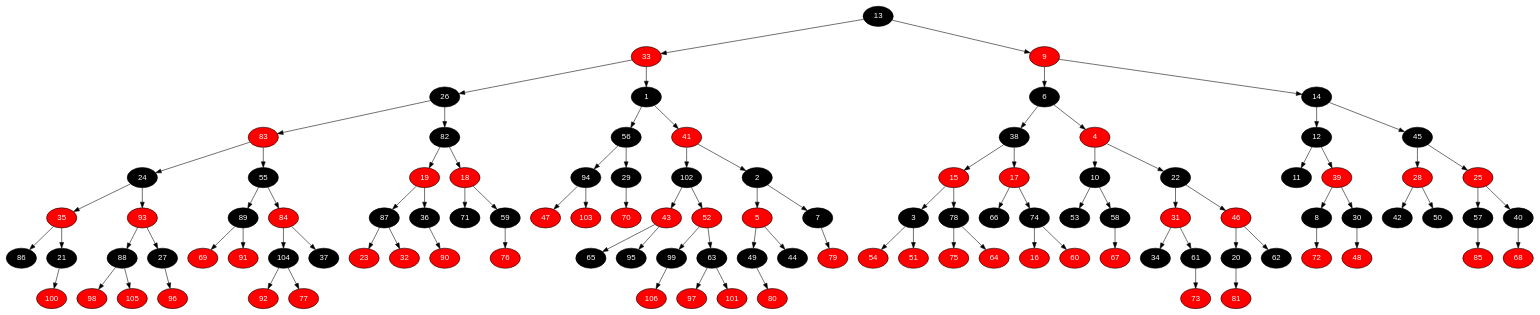
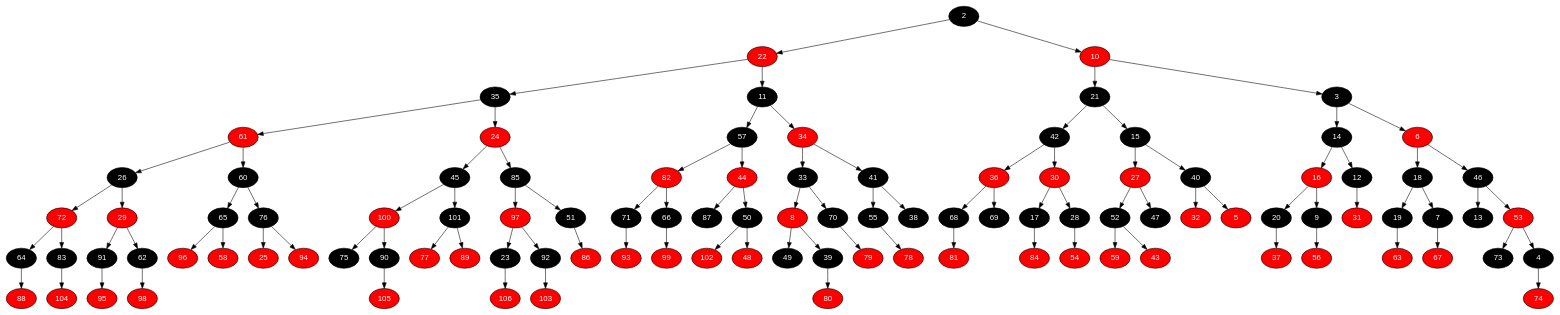
Before and after one commit to marcotuiio/Data_Structures: the diagram in T3/outputs/02-mar-pequeno-3pares-naus_d-01-n1-n2-3tiros-2.dot, drawn with Graphviz. The commit also changed 634 other files, not shown here.

```diff
--- a/T3/outputs/02-mar-pequeno-3pares-naus_d-01-n1-n2-3tiros-2.dot
+++ b/T3/outputs/02-mar-pequeno-3pares-naus_d-01-n1-n2-3tiros-2.dot
@@ -3,217 +3,215 @@
 	edge [fontname="Helvetica,Arial,sans-serif" color="black"]
 
 	{
+		node [fillcolor=" black" fontcolor=" white"] 2 
+		node [fillcolor=" red" fontcolor=" white"] 22 
+		node [fillcolor=" black" fontcolor=" white"] 35 
+		node [fillcolor=" red" fontcolor=" white"] 61 
+		node [fillcolor=" black" fontcolor=" white"] 26 
+		node [fillcolor=" red" fontcolor=" white"] 72 
+		node [fillcolor=" black" fontcolor=" white"] 64 
+		node [fillcolor=" red" fontcolor=" white"] 88 
+		node [fillcolor=" black" fontcolor=" white"] 83 
+		node [fillcolor=" red" fontcolor=" white"] 104 
+		node [fillcolor=" red" fontcolor=" white"] 29 
+		node [fillcolor=" black" fontcolor=" white"] 91 
+		node [fillcolor=" red" fontcolor=" white"] 95 
+		node [fillcolor=" black" fontcolor=" white"] 62 
+		node [fillcolor=" red" fontcolor=" white"] 98 
+		node [fillcolor=" black" fontcolor=" white"] 60 
+		node [fillcolor=" black" fontcolor=" white"] 65 
+		node [fillcolor=" red" fontcolor=" white"] 96 
+		node [fillcolor=" red" fontcolor=" white"] 58 
+		node [fillcolor=" black" fontcolor=" white"] 76 
+		node [fillcolor=" red" fontcolor=" white"] 25 
+		node [fillcolor=" red" fontcolor=" white"] 94 
+		node [fillcolor=" red" fontcolor=" white"] 24 
+		node [fillcolor=" black" fontcolor=" white"] 45 
+		node [fillcolor=" red" fontcolor=" white"] 100 
+		node [fillcolor=" black" fontcolor=" white"] 75 
+		node [fillcolor=" black" fontcolor=" white"] 90 
+		node [fillcolor=" red" fontcolor=" white"] 105 
+		node [fillcolor=" black" fontcolor=" white"] 101 
+		node [fillcolor=" red" fontcolor=" white"] 77 
+		node [fillcolor=" red" fontcolor=" white"] 89 
+		node [fillcolor=" black" fontcolor=" white"] 85 
+		node [fillcolor=" red" fontcolor=" white"] 97 
+		node [fillcolor=" black" fontcolor=" white"] 23 
+		node [fillcolor=" red" fontcolor=" white"] 106 
+		node [fillcolor=" black" fontcolor=" white"] 92 
+		node [fillcolor=" red" fontcolor=" white"] 103 
+		node [fillcolor=" black" fontcolor=" white"] 51 
+		node [fillcolor=" red" fontcolor=" white"] 86 
+		node [fillcolor=" black" fontcolor=" white"] 11 
+		node [fillcolor=" black" fontcolor=" white"] 57 
+		node [fillcolor=" red" fontcolor=" white"] 82 
+		node [fillcolor=" black" fontcolor=" white"] 71 
+		node [fillcolor=" red" fontcolor=" white"] 93 
+		node [fillcolor=" black" fontcolor=" white"] 66 
+		node [fillcolor=" red" fontcolor=" white"] 99 
+		node [fillcolor=" red" fontcolor=" white"] 44 
+		node [fillcolor=" black" fontcolor=" white"] 87 
+		node [fillcolor=" black" fontcolor=" white"] 50 
+		node [fillcolor=" red" fontcolor=" white"] 102 
+		node [fillcolor=" red" fontcolor=" white"] 48 
+		node [fillcolor=" red" fontcolor=" white"] 34 
+		node [fillcolor=" black" fontcolor=" white"] 33 
+		node [fillcolor=" red" fontcolor=" white"] 8 
+		node [fillcolor=" black" fontcolor=" white"] 49 
+		node [fillcolor=" black" fontcolor=" white"] 39 
+		node [fillcolor=" red" fontcolor=" white"] 80 
+		node [fillcolor=" black" fontcolor=" white"] 70 
+		node [fillcolor=" red" fontcolor=" white"] 79 
+		node [fillcolor=" black" fontcolor=" white"] 41 
+		node [fillcolor=" black" fontcolor=" white"] 55 
+		node [fillcolor=" red" fontcolor=" white"] 78 
+		node [fillcolor=" black" fontcolor=" white"] 38 
+		node [fillcolor=" red" fontcolor=" white"] 10 
+		node [fillcolor=" black" fontcolor=" white"] 21 
+		node [fillcolor=" black" fontcolor=" white"] 42 
+		node [fillcolor=" red" fontcolor=" white"] 36 
+		node [fillcolor=" black" fontcolor=" white"] 68 
+		node [fillcolor=" red" fontcolor=" white"] 81 
+		node [fillcolor=" black" fontcolor=" white"] 69 
+		node [fillcolor=" red" fontcolor=" white"] 30 
+		node [fillcolor=" black" fontcolor=" white"] 17 
+		node [fillcolor=" red" fontcolor=" white"] 84 
+		node [fillcolor=" black" fontcolor=" white"] 28 
+		node [fillcolor=" red" fontcolor=" white"] 54 
+		node [fillcolor=" black" fontcolor=" white"] 15 
+		node [fillcolor=" red" fontcolor=" white"] 27 
+		node [fillcolor=" black" fontcolor=" white"] 52 
+		node [fillcolor=" red" fontcolor=" white"] 59 
+		node [fillcolor=" red" fontcolor=" white"] 43 
+		node [fillcolor=" black" fontcolor=" white"] 47 
+		node [fillcolor=" black" fontcolor=" white"] 40 
+		node [fillcolor=" red" fontcolor=" white"] 32 
+		node [fillcolor=" red" fontcolor=" white"] 5 
+		node [fillcolor=" black" fontcolor=" white"] 3 
+		node [fillcolor=" black" fontcolor=" white"] 14 
+		node [fillcolor=" red" fontcolor=" white"] 16 
+		node [fillcolor=" black" fontcolor=" white"] 20 
+		node [fillcolor=" red" fontcolor=" white"] 37 
+		node [fillcolor=" black" fontcolor=" white"] 9 
+		node [fillcolor=" red" fontcolor=" white"] 56 
+		node [fillcolor=" black" fontcolor=" white"] 12 
+		node [fillcolor=" red" fontcolor=" white"] 31 
+		node [fillcolor=" red" fontcolor=" white"] 6 
+		node [fillcolor=" black" fontcolor=" white"] 18 
+		node [fillcolor=" black" fontcolor=" white"] 19 
+		node [fillcolor=" red" fontcolor=" white"] 63 
+		node [fillcolor=" black" fontcolor=" white"] 7 
+		node [fillcolor=" red" fontcolor=" white"] 67 
+		node [fillcolor=" black" fontcolor=" white"] 46 
 		node [fillcolor=" black" fontcolor=" white"] 13 
-		node [fillcolor=" red" fontcolor=" white"] 33 
-		node [fillcolor=" black" fontcolor=" white"] 26 
-		node [fillcolor=" red" fontcolor=" white"] 83 
-		node [fillcolor=" black" fontcolor=" white"] 24 
-		node [fillcolor=" red" fontcolor=" white"] 35 
-		node [fillcolor=" black" fontcolor=" white"] 86 
-		node [fillcolor=" black" fontcolor=" white"] 21 
-		node [fillcolor=" red" fontcolor=" white"] 100 
-		node [fillcolor=" red" fontcolor=" white"] 93 
-		node [fillcolor=" black" fontcolor=" white"] 88 
-		node [fillcolor=" red" fontcolor=" white"] 98 
-		node [fillcolor=" red" fontcolor=" white"] 105 
-		node [fillcolor=" black" fontcolor=" white"] 27 
-		node [fillcolor=" red" fontcolor=" white"] 96 
-		node [fillcolor=" black" fontcolor=" white"] 55 
-		node [fillcolor=" black" fontcolor=" white"] 89 
-		node [fillcolor=" red" fontcolor=" white"] 69 
-		node [fillcolor=" red" fontcolor=" white"] 91 
-		node [fillcolor=" red" fontcolor=" white"] 84 
-		node [fillcolor=" black" fontcolor=" white"] 104 
-		node [fillcolor=" red" fontcolor=" white"] 92 
-		node [fillcolor=" red" fontcolor=" white"] 77 
-		node [fillcolor=" black" fontcolor=" white"] 37 
-		node [fillcolor=" black" fontcolor=" white"] 82 
-		node [fillcolor=" red" fontcolor=" white"] 19 
-		node [fillcolor=" black" fontcolor=" white"] 87 
-		node [fillcolor=" red" fontcolor=" white"] 23 
-		node [fillcolor=" red" fontcolor=" white"] 32 
-		node [fillcolor=" black" fontcolor=" white"] 36 
-		node [fillcolor=" red" fontcolor=" white"] 90 
-		node [fillcolor=" red" fontcolor=" white"] 18 
-		node [fillcolor=" black" fontcolor=" white"] 71 
-		node [fillcolor=" black" fontcolor=" white"] 59 
-		node [fillcolor=" red" fontcolor=" white"] 76 
-		node [fillcolor=" black" fontcolor=" white"] 1 
-		node [fillcolor=" black" fontcolor=" white"] 56 
-		node [fillcolor=" black" fontcolor=" white"] 94 
-		node [fillcolor=" red" fontcolor=" white"] 47 
-		node [fillcolor=" red" fontcolor=" white"] 103 
-		node [fillcolor=" black" fontcolor=" white"] 29 
-		node [fillcolor=" red" fontcolor=" white"] 70 
-		node [fillcolor=" red" fontcolor=" white"] 41 
-		node [fillcolor=" black" fontcolor=" white"] 102 
-		node [fillcolor=" red" fontcolor=" white"] 43 
-		node [fillcolor=" black" fontcolor=" white"] 65 
-		node [fillcolor=" black" fontcolor=" white"] 95 
-		node [fillcolor=" red" fontcolor=" white"] 52 
-		node [fillcolor=" black" fontcolor=" white"] 99 
-		node [fillcolor=" red" fontcolor=" white"] 106 
-		node [fillcolor=" black" fontcolor=" white"] 63 
-		node [fillcolor=" red" fontcolor=" white"] 97 
-		node [fillcolor=" red" fontcolor=" white"] 101 
-		node [fillcolor=" black" fontcolor=" white"] 2 
-		node [fillcolor=" red" fontcolor=" white"] 5 
-		node [fillcolor=" black" fontcolor=" white"] 49 
-		node [fillcolor=" red" fontcolor=" white"] 80 
-		node [fillcolor=" black" fontcolor=" white"] 44 
-		node [fillcolor=" black" fontcolor=" white"] 7 
-		node [fillcolor=" red" fontcolor=" white"] 79 
-		node [fillcolor=" red" fontcolor=" white"] 9 
-		node [fillcolor=" black" fontcolor=" white"] 6 
-		node [fillcolor=" black" fontcolor=" white"] 38 
-		node [fillcolor=" red" fontcolor=" white"] 15 
-		node [fillcolor=" black" fontcolor=" white"] 3 
-		node [fillcolor=" red" fontcolor=" white"] 54 
-		node [fillcolor=" red" fontcolor=" white"] 51 
-		node [fillcolor=" black" fontcolor=" white"] 78 
-		node [fillcolor=" red" fontcolor=" white"] 75 
-		node [fillcolor=" red" fontcolor=" white"] 64 
-		node [fillcolor=" red" fontcolor=" white"] 17 
-		node [fillcolor=" black" fontcolor=" white"] 66 
-		node [fillcolor=" black" fontcolor=" white"] 74 
-		node [fillcolor=" red" fontcolor=" white"] 16 
-		node [fillcolor=" red" fontcolor=" white"] 60 
-		node [fillcolor=" red" fontcolor=" white"] 4 
-		node [fillcolor=" black" fontcolor=" white"] 10 
-		node [fillcolor=" black" fontcolor=" white"] 53 
-		node [fillcolor=" black" fontcolor=" white"] 58 
-		node [fillcolor=" red" fontcolor=" white"] 67 
-		node [fillcolor=" black" fontcolor=" white"] 22 
-		node [fillcolor=" red" fontcolor=" white"] 31 
-		node [fillcolor=" black" fontcolor=" white"] 34 
-		node [fillcolor=" black" fontcolor=" white"] 61 
-		node [fillcolor=" red" fontcolor=" white"] 73 
-		node [fillcolor=" red" fontcolor=" white"] 46 
-		node [fillcolor=" black" fontcolor=" white"] 20 
-		node [fillcolor=" red" fontcolor=" white"] 81 
-		node [fillcolor=" black" fontcolor=" white"] 62 
-		node [fillcolor=" black" fontcolor=" white"] 14 
-		node [fillcolor=" black" fontcolor=" white"] 12 
-		node [fillcolor=" black" fontcolor=" white"] 11 
-		node [fillcolor=" red" fontcolor=" white"] 39 
-		node [fillcolor=" black" fontcolor=" white"] 8 
-		node [fillcolor=" red" fontcolor=" white"] 72 
-		node [fillcolor=" black" fontcolor=" white"] 30 
-		node [fillcolor=" red" fontcolor=" white"] 48 
-		node [fillcolor=" black" fontcolor=" white"] 45 
-		node [fillcolor=" red" fontcolor=" white"] 28 
-		node [fillcolor=" black" fontcolor=" white"] 42 
-		node [fillcolor=" black" fontcolor=" white"] 50 
-		node [fillcolor=" red" fontcolor=" white"] 25 
-		node [fillcolor=" black" fontcolor=" white"] 57 
-		node [fillcolor=" red" fontcolor=" white"] 85 
-		node [fillcolor=" black" fontcolor=" white"] 40 
-		node [fillcolor=" red" fontcolor=" white"] 68 
+		node [fillcolor=" red" fontcolor=" white"] 53 
+		node [fillcolor=" black" fontcolor=" white"] 73 
+		node [fillcolor=" black" fontcolor=" white"] 4 
+		node [fillcolor=" red" fontcolor=" white"] 74 
 	}
 
-	13 -> 33 
-	13 -> 9 
-	33 -> 26 
-	33 -> 1 
-	26 -> 83 
-	26 -> 82 
-	83 -> 24 
-	83 -> 55 
-	24 -> 35 
-	24 -> 93 
-	35 -> 86 
-	35 -> 21 
-	21 -> 100 
-	93 -> 88 
-	93 -> 27 
-	88 -> 98 
-	88 -> 105 
-	27 -> 96 
-	55 -> 89 
-	55 -> 84 
-	89 -> 69 
-	89 -> 91 
-	84 -> 104 
-	84 -> 37 
-	104 -> 92 
-	104 -> 77 
-	82 -> 19 
-	82 -> 18 
-	19 -> 87 
-	19 -> 36 
-	87 -> 23 
-	87 -> 32 
-	36 -> 90 
-	18 -> 71 
-	18 -> 59 
-	59 -> 76 
-	1 -> 56 
-	1 -> 41 
-	56 -> 94 
-	56 -> 29 
-	94 -> 47 
-	94 -> 103 
-	29 -> 70 
-	41 -> 102 
-	41 -> 2 
-	102 -> 43 
-	102 -> 52 
-	43 -> 65 
-	43 -> 95 
-	52 -> 99 
-	52 -> 63 
-	99 -> 106 
-	63 -> 97 
-	63 -> 101 
-	2 -> 5 
-	2 -> 7 
-	5 -> 49 
-	5 -> 44 
-	49 -> 80 
-	7 -> 79 
-	9 -> 6 
-	9 -> 14 
-	6 -> 38 
-	6 -> 4 
-	38 -> 15 
-	38 -> 17 
-	15 -> 3 
-	15 -> 78 
-	3 -> 54 
-	3 -> 51 
-	78 -> 75 
-	78 -> 64 
-	17 -> 66 
-	17 -> 74 
-	74 -> 16 
-	74 -> 60 
-	4 -> 10 
-	4 -> 22 
-	10 -> 53 
-	10 -> 58 
-	58 -> 67 
-	22 -> 31 
-	22 -> 46 
-	31 -> 34 
-	31 -> 61 
-	61 -> 73 
-	46 -> 20 
-	46 -> 62 
-	20 -> 81 
+	2 -> 22 
+	2 -> 10 
+	22 -> 35 
+	22 -> 11 
+	35 -> 61 
+	35 -> 24 
+	61 -> 26 
+	61 -> 60 
+	26 -> 72 
+	26 -> 29 
+	72 -> 64 
+	72 -> 83 
+	64 -> 88 
+	83 -> 104 
+	29 -> 91 
+	29 -> 62 
+	91 -> 95 
+	62 -> 98 
+	60 -> 65 
+	60 -> 76 
+	65 -> 96 
+	65 -> 58 
+	76 -> 25 
+	76 -> 94 
+	24 -> 45 
+	24 -> 85 
+	45 -> 100 
+	45 -> 101 
+	100 -> 75 
+	100 -> 90 
+	90 -> 105 
+	101 -> 77 
+	101 -> 89 
+	85 -> 97 
+	85 -> 51 
+	97 -> 23 
+	97 -> 92 
+	23 -> 106 
+	92 -> 103 
+	51 -> 86 
+	11 -> 57 
+	11 -> 34 
+	57 -> 82 
+	57 -> 44 
+	82 -> 71 
+	82 -> 66 
+	71 -> 93 
+	66 -> 99 
+	44 -> 87 
+	44 -> 50 
+	50 -> 102 
+	50 -> 48 
+	34 -> 33 
+	34 -> 41 
+	33 -> 8 
+	33 -> 70 
+	8 -> 49 
+	8 -> 39 
+	39 -> 80 
+	70 -> 79 
+	41 -> 55 
+	41 -> 38 
+	55 -> 78 
+	10 -> 21 
+	10 -> 3 
+	21 -> 42 
+	21 -> 15 
+	42 -> 36 
+	42 -> 30 
+	36 -> 68 
+	36 -> 69 
+	68 -> 81 
+	30 -> 17 
+	30 -> 28 
+	17 -> 84 
+	28 -> 54 
+	15 -> 27 
+	15 -> 40 
+	27 -> 52 
+	27 -> 47 
+	52 -> 59 
+	52 -> 43 
+	40 -> 32 
+	40 -> 5 
+	3 -> 14 
+	3 -> 6 
+	14 -> 16 
 	14 -> 12 
-	14 -> 45 
-	12 -> 11 
-	12 -> 39 
-	39 -> 8 
-	39 -> 30 
-	8 -> 72 
-	30 -> 48 
-	45 -> 28 
-	45 -> 25 
-	28 -> 42 
-	28 -> 50 
-	25 -> 57 
-	25 -> 40 
-	57 -> 85 
-	40 -> 68 
+	16 -> 20 
+	16 -> 9 
+	20 -> 37 
+	9 -> 56 
+	12 -> 31 
+	6 -> 18 
+	6 -> 46 
+	18 -> 19 
+	18 -> 7 
+	19 -> 63 
+	7 -> 67 
+	46 -> 13 
+	46 -> 53 
+	53 -> 73 
+	53 -> 4 
+	4 -> 74 
 }
```
